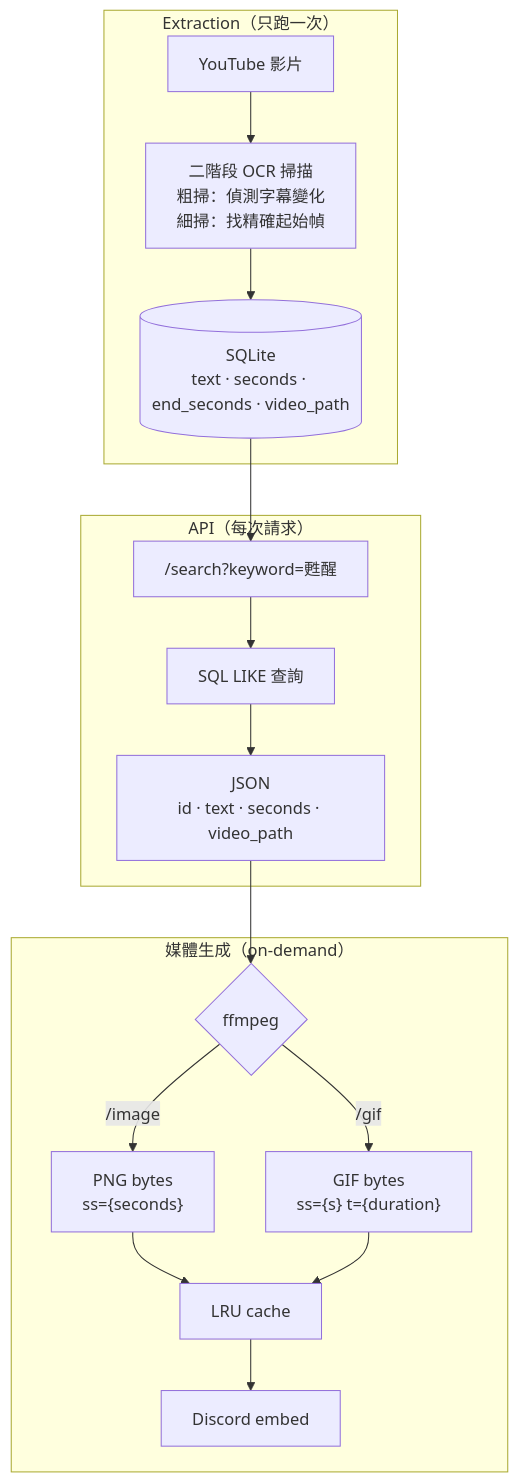
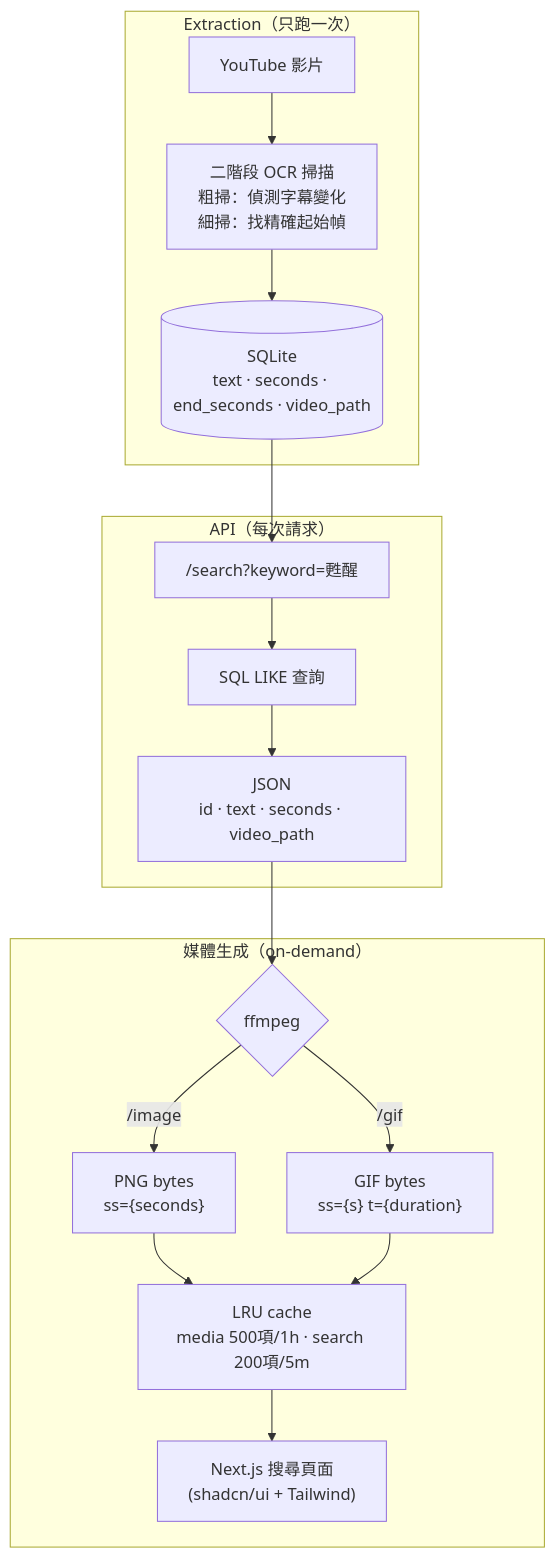
One commit to alaner652/alaner652-portfolio-2026 changed the second of 2 diagrams in src/content/blog/redesigning-avemujicabot.mdx. Above: the diagram before and after it, drawn with Mermaid. The commit also changed other lines of this file, not shown here.

````diff
--- a/src/content/blog/redesigning-avemujicabot.mdx
+++ b/src/content/blog/redesigning-avemujicabot.mdx
@@ -248,23 +248,23 @@
 ```mermaid
 flowchart TD
     subgraph extract["Extraction（只跑一次）"]
         YT[YouTube 影片] --> OCR["二階段 OCR 掃描\n粗掃：偵測字幕變化\n細掃：找精確起始幀"]
         OCR --> DB[("SQLite\ntext · seconds · end_seconds · video_path")]
     end
 
     subgraph api["API（每次請求）"]
         Q["/search?keyword=甦醒"] --> SQL["SQL LIKE 查詢"]
         SQL --> RES["JSON\nid · text · seconds · video_path"]
     end
 
     subgraph gen["媒體生成（on-demand）"]
         RES --> FFMPEG{ffmpeg}
         FFMPEG -->|"/image"| PNG["PNG bytes\nss={seconds}"]
         FFMPEG -->|"/gif"| GIF["GIF bytes\nss={s} t={duration}"]
-        PNG --> LRU["LRU cache"]
+        PNG --> LRU["LRU cache\nmedia 500項/1h · search 200項/5m"]
         GIF --> LRU
-        LRU --> DISC["Discord embed"]
+        LRU --> WEB["Next.js 搜尋頁面\n(shadcn/ui + Tailwind)"]
     end
 
     DB --> Q
 ```
````
